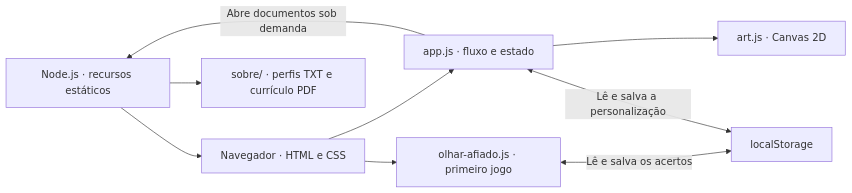
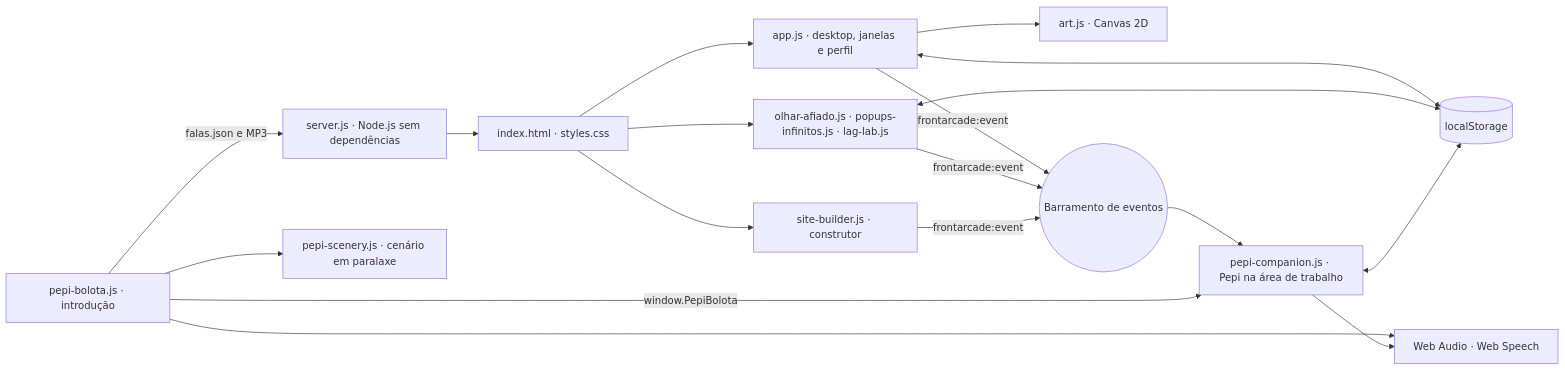
Before and after one commit to Enz0EMCosta/FrontArcade: the diagram in README.md, drawn with Mermaid. The commit also changed other lines of this file, not shown here.

````diff
--- a/README.md
+++ b/README.md
@@ -36,11 +75,20 @@
 ```mermaid
 flowchart LR
-    HTTP["Node.js · recursos estáticos"] --> UI["Navegador · HTML e CSS"]
-    UI --> App["app.js · fluxo e estado"]
-    App --> Canvas["art.js · Canvas 2D"]
-    UI --> Game["olhar-afiado.js · primeiro jogo"]
-    Game <-->|"Lê e salva os acertos"| Storage
-    App <-->|"Lê e salva a personalização"| Storage["localStorage"]
-    App -->|"Abre documentos sob demanda"| HTTP
-    HTTP --> Docs["sobre/ · perfis TXT e currículo PDF"]
+    HTTP["server.js · Node.js sem dependências"] --> UI["index.html · styles.css"]
+    UI --> App["app.js · desktop, janelas e perfil"]
+    UI --> Games["olhar-afiado.js · popups-infinitos.js · lag-lab.js"]
+    UI --> Builder["site-builder.js · construtor"]
+    App --> Art["art.js · Canvas 2D"]
+    App -- "frontarcade:event" --> Bus(("Barramento de eventos"))
+    Games -- "frontarcade:event" --> Bus
+    Builder -- "frontarcade:event" --> Bus
+    Bus --> Companion["pepi-companion.js · Pepi na área de trabalho"]
+    Intro["pepi-bolota.js · introdução"] -- "window.PepiBolota" --> Companion
+    Intro --> Scenery["pepi-scenery.js · cenário em paralaxe"]
+    Intro --> Audio["Web Audio · Web Speech"]
+    Companion --> Audio
+    Intro -->|"falas.json e MP3"| HTTP
+    App <--> Storage[("localStorage")]
+    Games <--> Storage
+    Companion <--> Storage
 ```
````
